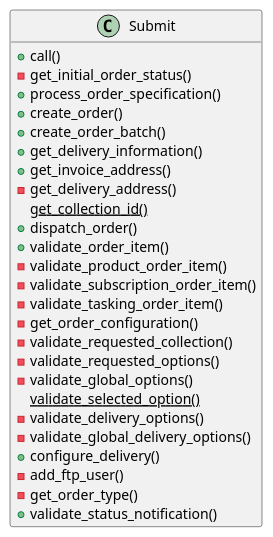
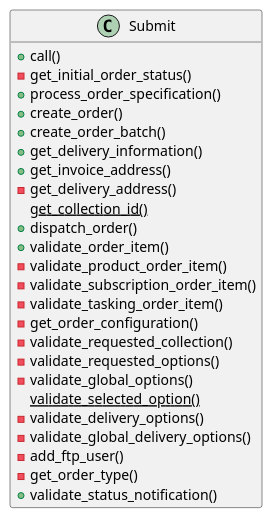
Before and after one commit to pyoseo/pyoseo: the diagram in diagrams/submit.puml, drawn with PlantUML. The commit also changed 10 other files, not shown here.

```diff
--- a/diagrams/submit.puml
+++ b/diagrams/submit.puml
@@ -1,34 +1,33 @@
 @startuml
 
 class Submit {
    +call()
    -get_initial_order_status()
    +process_order_specification()
    +create_order()
    +create_order_batch()
    +get_delivery_information()
    +get_invoice_address()
    -get_delivery_address()
    {static}get_collection_id()
    +dispatch_order()
    +validate_order_item()
    -validate_product_order_item()
    -validate_subscription_order_item()
    -validate_tasking_order_item()
    -get_order_configuration()
    -validate_requested_collection()
    -validate_requested_options()
    -validate_global_options()
    {static}validate_selected_option()
    -validate_delivery_options()
    -validate_global_delivery_options()
-   +configure_delivery()
    -add_ftp_user()
    -get_order_type()
    +validate_status_notification()
 }
 
 hide empty attributes
 hide empty methods
 
 @enduml
```
